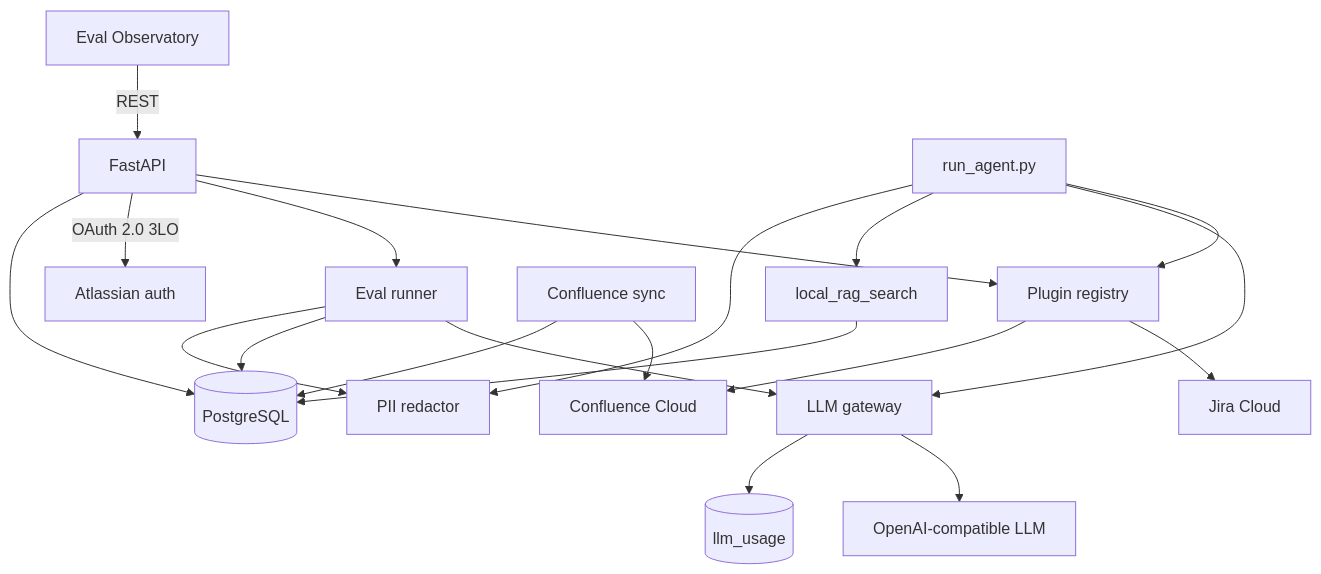
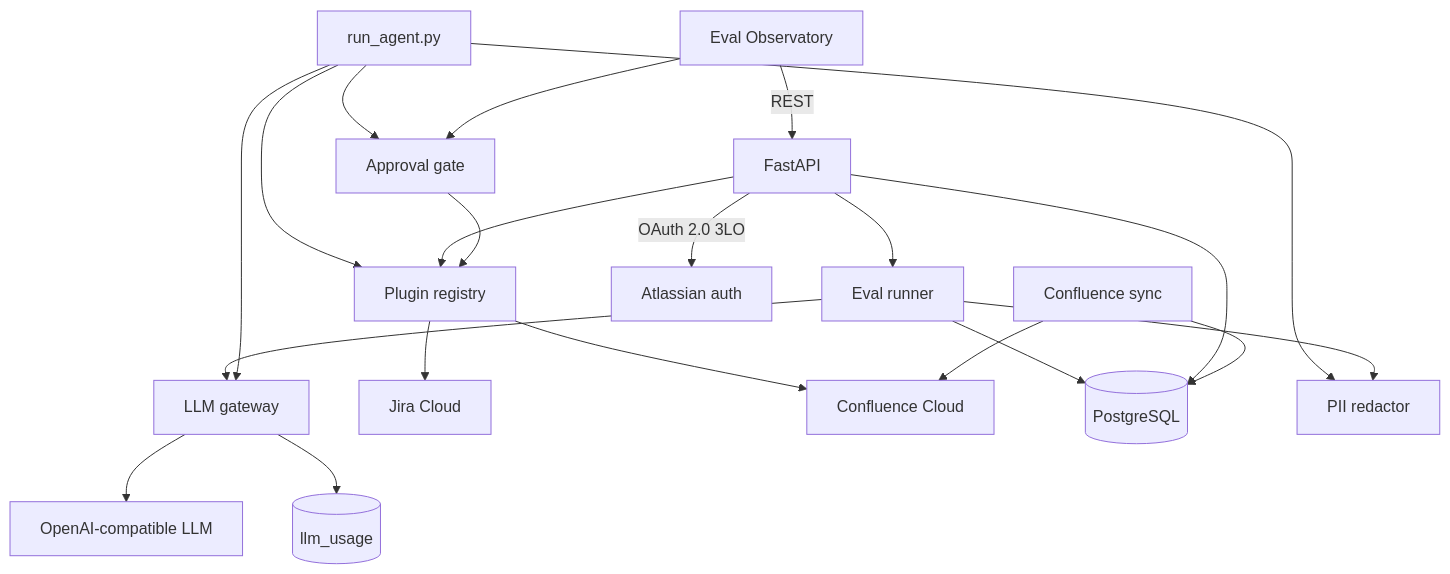
One commit to OctavianDoncea/atlassian-agent-kit changed the diagram in README.md. Above: the diagram before and after it, drawn with Mermaid. The commit also changed other lines of this file, not shown here.

Commit message:
Updated the README to document the human approval gate, its API, and the dashboard queue

````diff
--- a/README.md
+++ b/README.md
@@ -23,22 +24,23 @@
 ```mermaid
 graph TD
     Dash[Eval Observatory] -->|REST| API[FastAPI]
     CLI[run_agent.py] --> Registry[Plugin registry]
     API --> Registry
     API --> Runner[Eval runner]
     Runner --> Gateway[LLM gateway]
     CLI --> Gateway
     Gateway --> LLM[OpenAI-compatible LLM]
     Gateway --> Usage[(llm_usage)]
     Registry --> Jira[Jira Cloud]
     Registry --> Conf[Confluence Cloud]
     API -->|OAuth 2.0 3LO| Atlassian[Atlassian auth]
     Runner --> DB[(PostgreSQL)]
     API --> DB
     Sync[Confluence sync] --> Conf
     Sync --> DB
-    CLI --> RAG[local_rag_search]
-    RAG --> DB
+    CLI --> Gate[Approval gate]
+    Dash --> Gate
+    Gate --> Registry
     CLI --> Redactor[PII redactor]
     Runner --> Redactor
 ```
````
